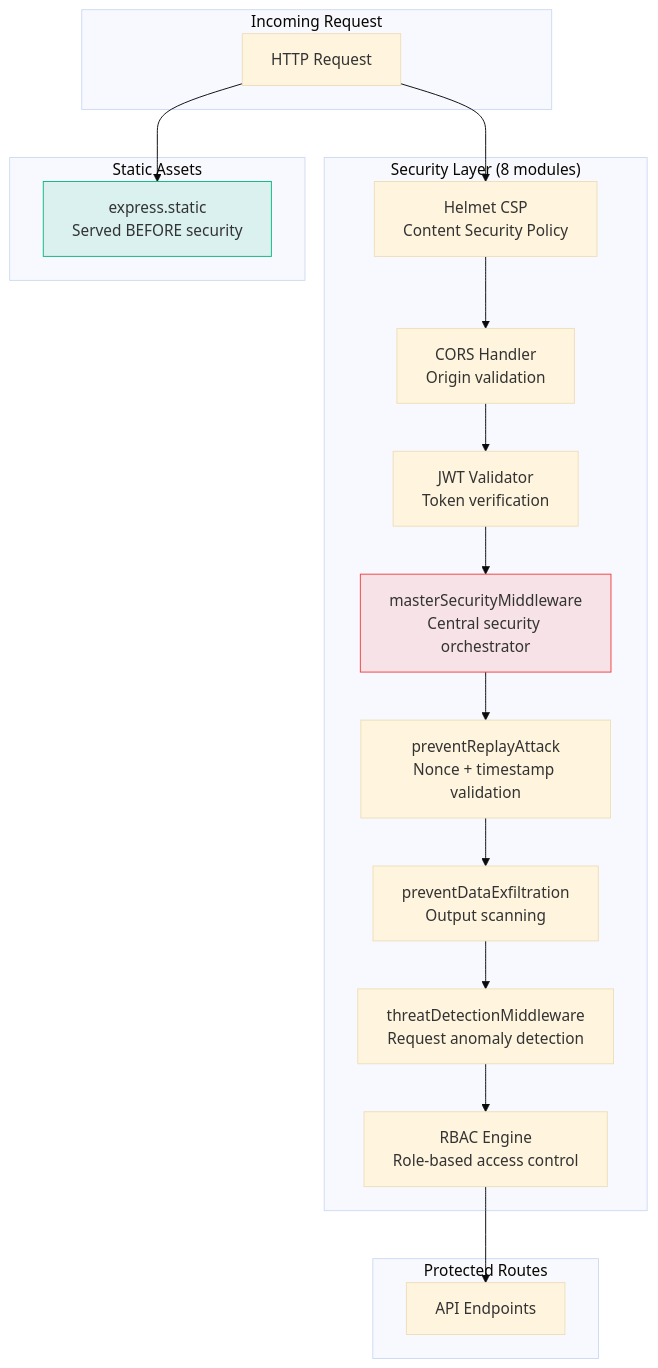
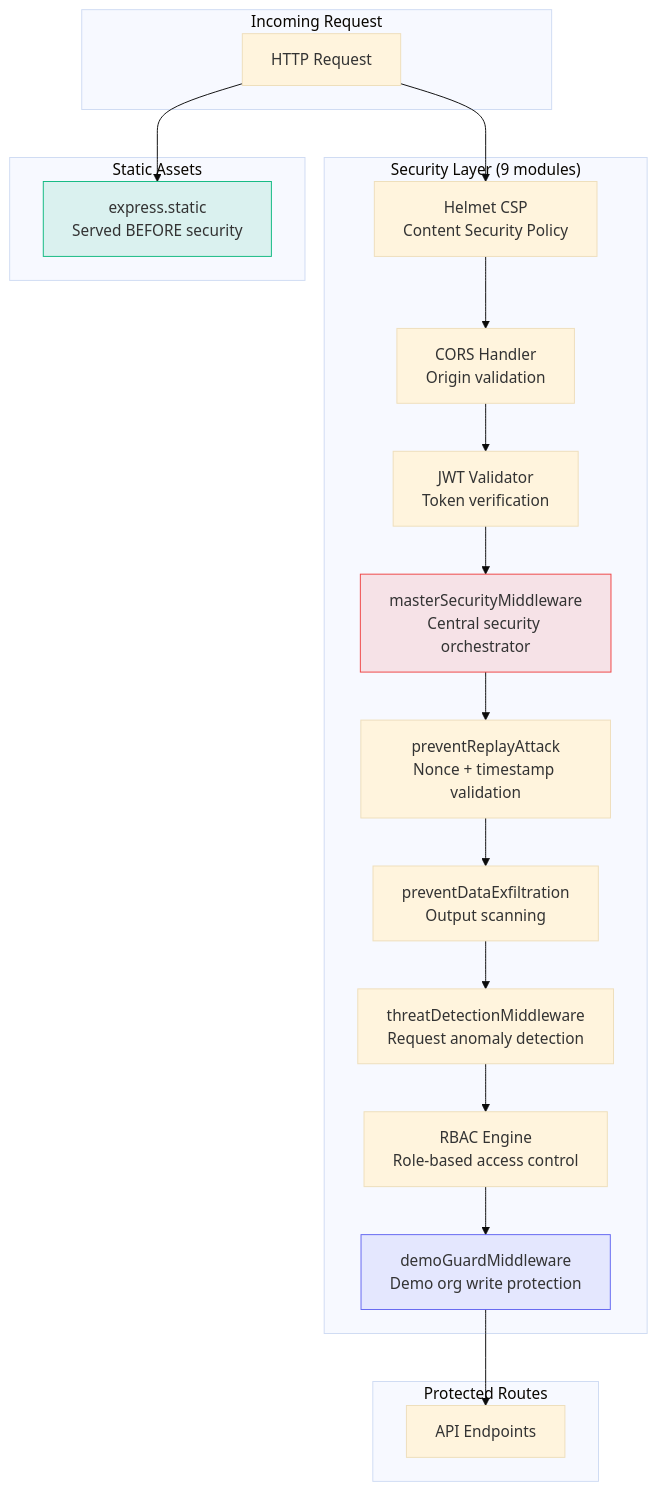
Before and after one commit to datacendia/datacendia-core: the second of 5 diagrams in docs/architecture/gateway-security.md, drawn with Mermaid (base theme). The commit also changed other lines of this file and 5 other files, not shown here.

````diff
--- a/docs/architecture/gateway-security.md
+++ b/docs/architecture/gateway-security.md
@@ -52,32 +52,34 @@
 ```mermaid
 graph TB
-    subgraph Security["Security Layer (8 modules)"]
+    subgraph Security["Security Layer (9 modules)"]
         MASTER[masterSecurityMiddleware<br/>Central security orchestrator]
         REPLAY[preventReplayAttack<br/>Nonce + timestamp validation]
         EXFIL[preventDataExfiltration<br/>Output scanning]
         THREAT[threatDetectionMiddleware<br/>Request anomaly detection]
         RBAC[RBAC Engine<br/>Role-based access control]
         JWT_V[JWT Validator<br/>Token verification]
         CORS_V[CORS Handler<br/>Origin validation]
         HELMET[Helmet CSP<br/>Content Security Policy]
+        DEMO[demoGuardMiddleware<br/>Demo org write protection]
     end
 
     subgraph Request["Incoming Request"]
         REQ[HTTP Request]
     end
 
     subgraph Static["Static Assets"]
         ASSETS[express.static<br/>Served BEFORE security]
     end
 
     subgraph Protected["Protected Routes"]
         API[API Endpoints]
     end
 
     REQ --> ASSETS
     REQ --> HELMET --> CORS_V --> JWT_V --> MASTER
-    MASTER --> REPLAY --> EXFIL --> THREAT --> RBAC --> API
+    MASTER --> REPLAY --> EXFIL --> THREAT --> RBAC --> DEMO --> API
 
     style MASTER fill:#ef444420,stroke:#ef4444
     style ASSETS fill:#10b98120,stroke:#10b981
+    style DEMO fill:#6366f120,stroke:#6366f1
 ```
````
